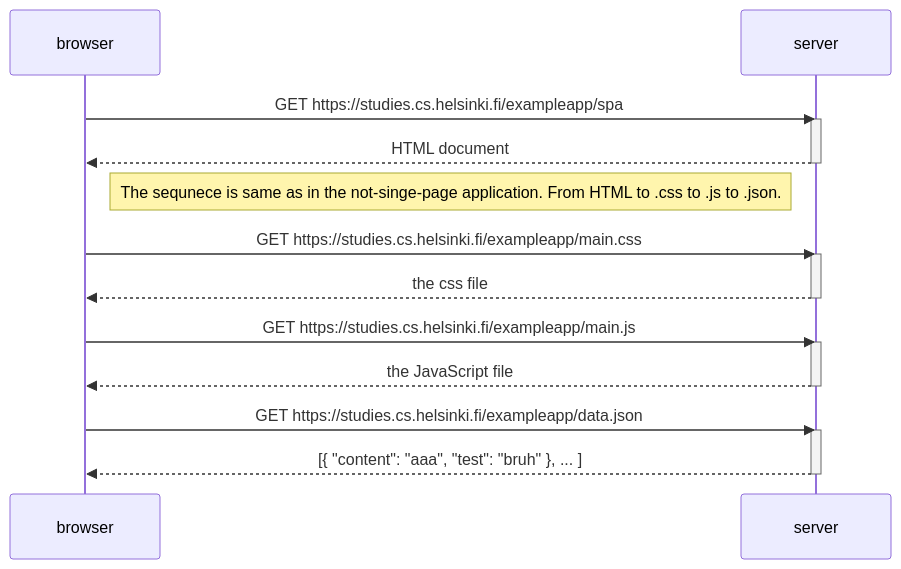
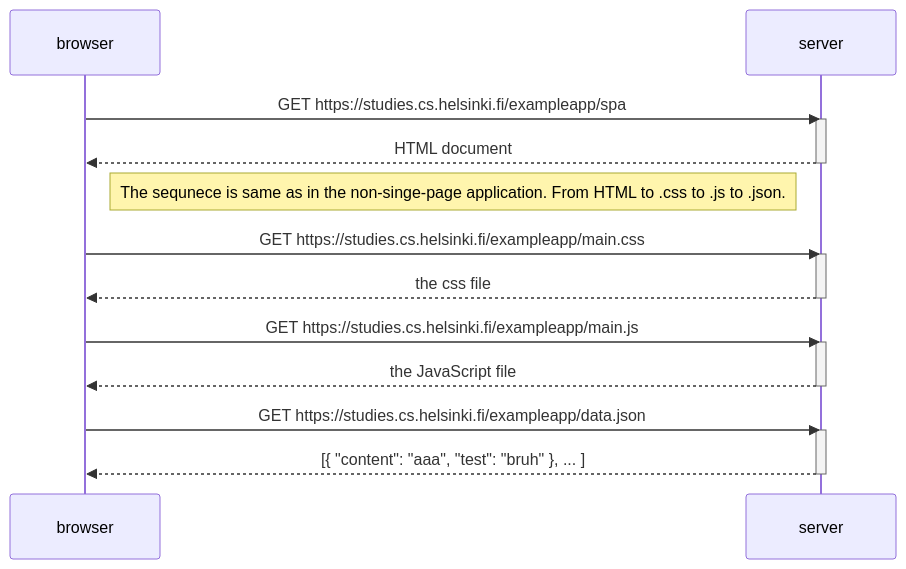
One commit to jussiiih/Full-Stack-Open changed the diagram in osa0/0.5: Single Page App.md. Above: the diagram before and after it, drawn with Mermaid.

Commit message:
Update 0.5: Single Page App.md

````diff
--- a/osa0/0.5: Single Page App.md
+++ b/osa0/0.5: Single Page App.md
@@ -1,27 +1,27 @@
 ```mermaid
 sequenceDiagram
     participant browser
     participant server
 
     browser->>server: GET https://studies.cs.helsinki.fi/exampleapp/spa
     activate server
     server-->>browser: HTML document
     deactivate server
     
-    Note right of browser: The sequnece is same as in the not-singe-page application. From HTML to .css to .js to .json. 
+    Note right of browser: The sequnece is same as in the non-singe-page application. From HTML to .css to .js to .json. 
     
     browser->>server: GET https://studies.cs.helsinki.fi/exampleapp/main.css
     activate server
     server-->>browser: the css file
     deactivate server
     
     browser->>server: GET https://studies.cs.helsinki.fi/exampleapp/main.js
     activate server
     server-->>browser: the JavaScript file
     deactivate server
   
     browser->>server: GET https://studies.cs.helsinki.fi/exampleapp/data.json
     activate server
     server-->>browser: [{ "content": "aaa", "test": "bruh" }, ... ]
     deactivate server
 ```
````
